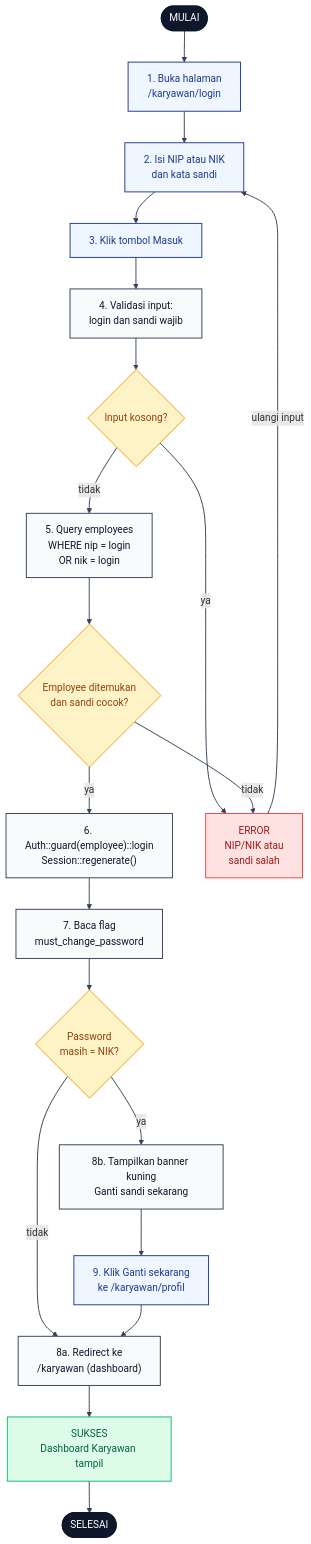
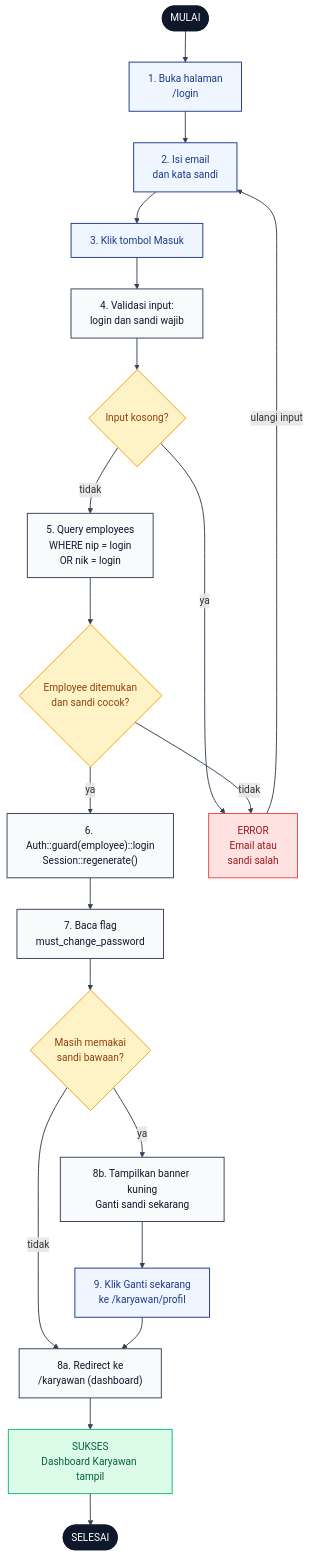
Before and after one commit to radacore/absensi-pu: the diagram in docs/activity-diagrams/02-login-karyawan.md, drawn with Mermaid. The commit also changed other lines of this file and 3 other files, not shown here.

First line of the commit message:
docs: perbarui panduan dan diagram untuk satu halaman login

````diff
--- a/docs/activity-diagrams/02-login-karyawan.md
+++ b/docs/activity-diagrams/02-login-karyawan.md
@@ -11,61 +11,61 @@
 ```mermaid
 flowchart TD
     START([MULAI]):::se
 
-    A1["1. Buka halaman<br/>/karyawan/login"]:::user
-    A2["2. Isi NIP atau NIK<br/>dan kata sandi"]:::user
+    A1["1. Buka halaman<br/>/login"]:::user
+    A2["2. Isi email<br/>dan kata sandi"]:::user
     A3["3. Klik tombol Masuk"]:::user
 
     S1["4. Validasi input:<br/>login dan sandi wajib"]:::sys
     D1{"Input kosong?"}:::dec
 
     S2["5. Query employees<br/>WHERE nip = login<br/>OR nik = login"]:::sys
     D2{"Employee ditemukan<br/>dan sandi cocok?"}:::dec
 
     S3["6. Auth::guard(employee)::login<br/>Session::regenerate()"]:::sys
     S4["7. Baca flag<br/>must_change_password"]:::sys
-    D3{"Password<br/>masih = NIK?"}:::dec
+    D3{"Masih memakai<br/>sandi bawaan?"}:::dec
 
     S5["8a. Redirect ke<br/>/karyawan (dashboard)"]:::sys
     S6["8b. Tampilkan banner kuning<br/>Ganti sandi sekarang"]:::sys
     A4["9. Klik Ganti sekarang<br/>ke /karyawan/profil"]:::user
 
-    E1["ERROR<br/>NIP/NIK atau<br/>sandi salah"]:::err
+    E1["ERROR<br/>Email atau<br/>sandi salah"]:::err
 
     OK["SUKSES<br/>Dashboard Karyawan tampil"]:::ok
     END([SELESAI]):::se
 
     START --> A1
     A1 --> A2
     A2 --> A3
     A3 --> S1
     S1 --> D1
 
     D1 -->|ya| E1
     D1 -->|tidak| S2
 
     S2 --> D2
     D2 -->|tidak| E1
     D2 -->|ya| S3
 
     S3 --> S4
     S4 --> D3
     D3 -->|tidak| S5
     D3 -->|ya| S6
     S6 --> A4
     A4 --> S5
 
     S5 --> OK
     OK --> END
 
     E1 -->|ulangi input| A2
 
     classDef se fill:#0F172A,stroke:#0F172A,color:#fff,stroke-width:2px
     classDef user fill:#EFF6FF,stroke:#1E3A8A,color:#1E3A8A,stroke-width:1.5px
     classDef sys fill:#F8FAFC,stroke:#334155,color:#0F172A,stroke-width:1.5px
     classDef dec fill:#FEF3C7,stroke:#F59E0B,color:#92400E,stroke-width:1.5px
     classDef err fill:#FEE2E2,stroke:#EF4444,color:#991B1B,stroke-width:1.5px
     classDef ok fill:#DCFCE7,stroke:#10B981,color:#065F46,stroke-width:1.5px
 
     linkStyle default stroke:#334155,stroke-width:1.5px
 ```
````
